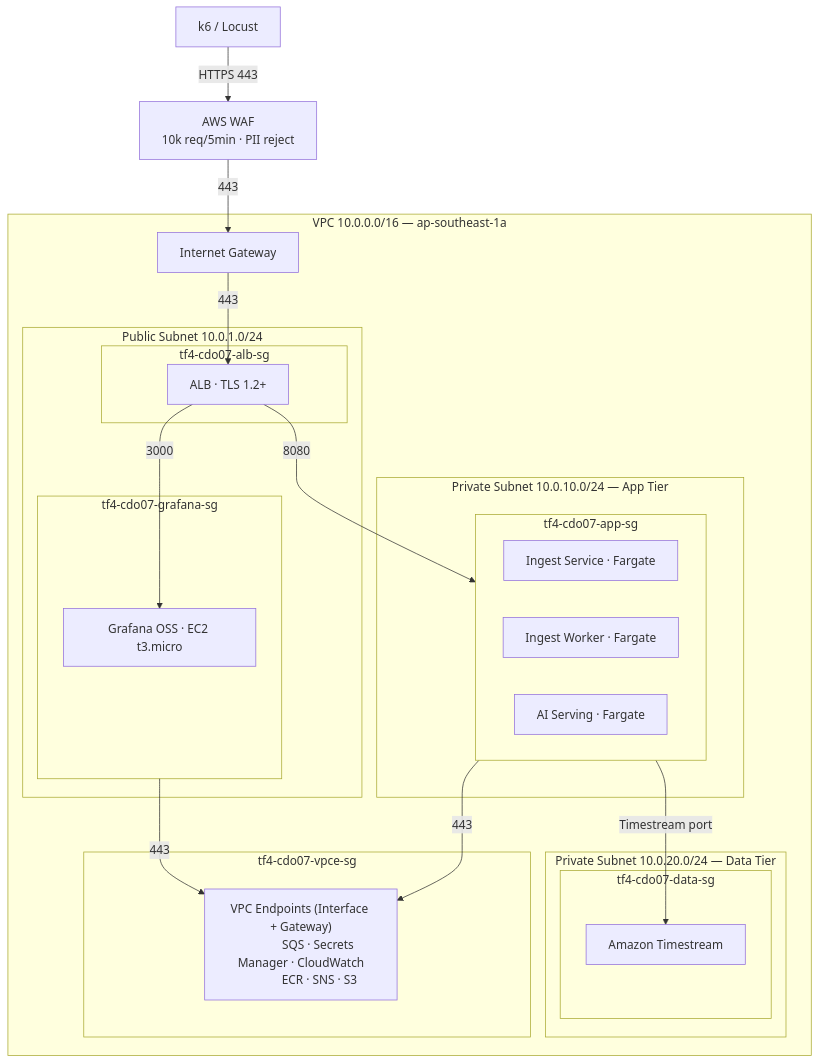
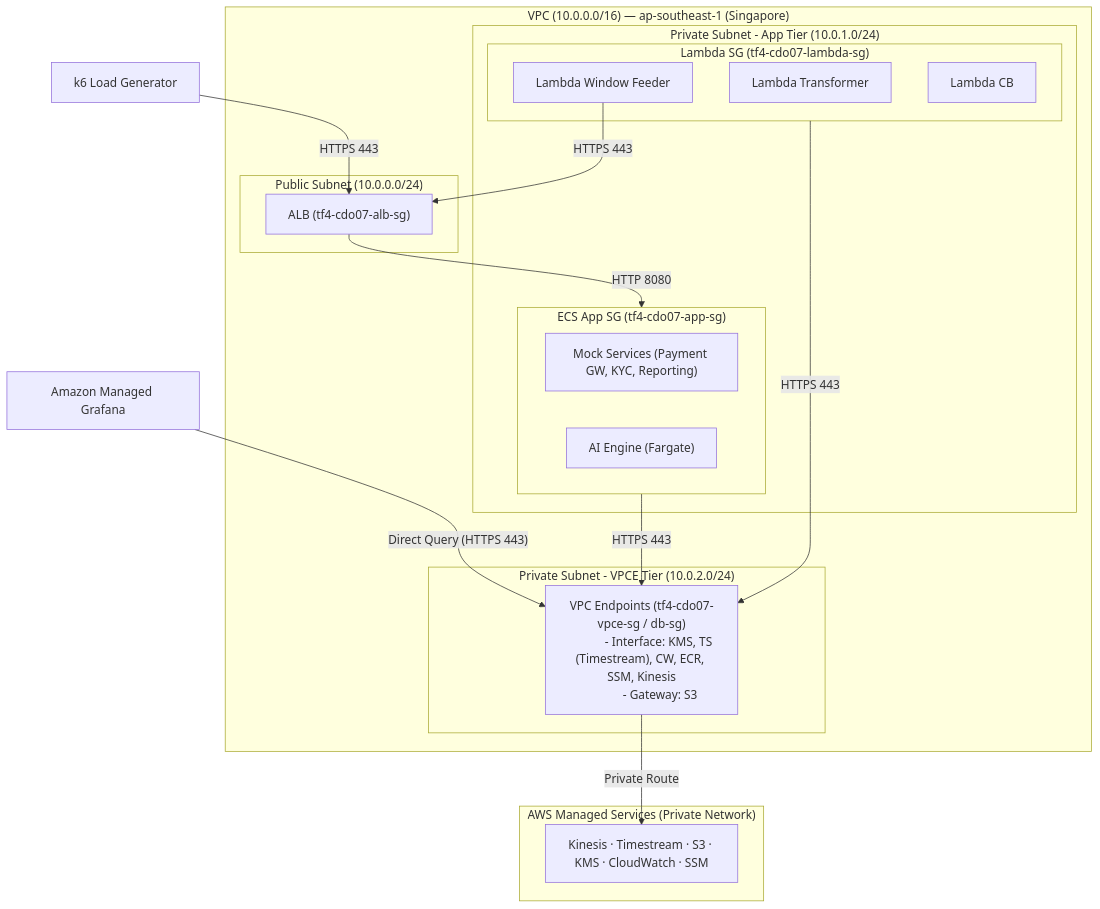
One commit to hunghk43/CDO-07-Capstone-phase2 changed the first of 2 diagrams in xbrain-learners/capstone/tf-4/cdo-07/docs/03_security_design.md. Above: the diagram before and after it, drawn with Mermaid. The commit also changed other lines of this file, not shown here.

Commit message:
feat: update doc 03 security khớp với infra và adr

````diff
--- a/xbrain-learners/capstone/tf-4/cdo-07/docs/03_security_design.md
+++ b/xbrain-learners/capstone/tf-4/cdo-07/docs/03_security_design.md
@@ -23,46 +20,44 @@
 ```mermaid
-graph TB
-    CLIENT["k6 / Locust"] -->|"HTTPS 443"| WAF["AWS WAF
-    10k req/5min · PII reject"]
-    WAF -->|"443"| IGW
+graph TD
+    %% Internet Client
+    CLIENT["k6 Load Generator"] -->|"HTTPS 443"| ALB
+    
+    subgraph VPC["VPC (10.0.0.0/16) — ap-southeast-1 (Singapore)"]
+        subgraph PUB_SUB["Public Subnet (10.0.0.0/24)"]
+            ALB["ALB (tf4-cdo07-alb-sg)"]
+        end
 
-    subgraph VPC["VPC 10.0.0.0/16 — ap-southeast-1a"]
-        IGW["Internet Gateway"]
-
-        subgraph PUB["Public Subnet 10.0.1.0/24"]
-            subgraph ALB_SG["tf4-cdo07-alb-sg"]
-                ALB["ALB · TLS 1.2+"]
+        subgraph APP_SUB["Private Subnet - App Tier (10.0.1.0/24)"]
+            subgraph APP_SG["ECS App SG (tf4-cdo07-app-sg)"]
+                MOCK["Mock Services (Payment GW, KYC, Reporting)"]
+                AI["AI Engine (Fargate)"]
             end
-            subgraph GF_SG["tf4-cdo07-grafana-sg"]
-                GF["Grafana OSS · EC2 t3.micro"]
+            
+            subgraph LAMBDA_SG["Lambda SG (tf4-cdo07-lambda-sg)"]
+                L_TRANS["Lambda Transformer"]
+                L_FEED["Lambda Window Feeder"]
+                L_CB["Lambda CB"]
             end
         end
 
-        subgraph APP["Private Subnet 10.0.10.0/24 — App Tier"]
-            subgraph APP_SG["tf4-cdo07-app-sg"]
-                SVC["Ingest Service · Fargate"]
-                WKR["Ingest Worker · Fargate"]
-                AI["AI Serving · Fargate"]
-            end
-        end
-
-        subgraph DATA["Private Subnet 10.0.20.0/24 — Data Tier"]
-            subgraph DATA_SG["tf4-cdo07-data-sg"]
-                TS["Amazon Timestream"]
-            end
-        end
-
-        subgraph VPCE_SG["tf4-cdo07-vpce-sg"]
-            VPCE["VPC Endpoints (Interface + Gateway)
-            SQS · Secrets Manager · CloudWatch
-            ECR · SNS · S3"]
+        subgraph VPCE_SUB["Private Subnet - VPCE Tier (10.0.2.0/24)"]
+            VPCE["VPC Endpoints (tf4-cdo07-vpce-sg / db-sg)
+            - Interface: KMS, TS (Timestream), CW, ECR, SSM, Kinesis
+            - Gateway: S3"]
         end
     end
 
-    IGW -->|"443"| ALB
-    ALB -->|"8080"| APP_SG
-    ALB -->|"3000"| GF
-    APP_SG -->|"Timestream port"| TS
-    APP_SG -->|"443"| VPCE
-    GF_SG -->|"443"| VPCE
+    subgraph AWS["AWS Managed Services (Private Network)"]
+        AWS_SERVS["Kinesis · Timestream · S3 · KMS · CloudWatch · SSM"]
+    end
+
+    GRAFANA["Amazon Managed Grafana"]
+
+    %% Network Security Flows
+    ALB -->|"HTTP 8080"| APP_SG
+    APP_SG -->|"HTTPS 443"| VPCE
+    LAMBDA_SG -->|"HTTPS 443"| VPCE
+    VPCE -->|"Private Route"| AWS_SERVS
+    GRAFANA -->|"Direct Query (HTTPS 443)"| VPCE
+    L_FEED -->|"HTTPS 443"| ALB
 ```
````
